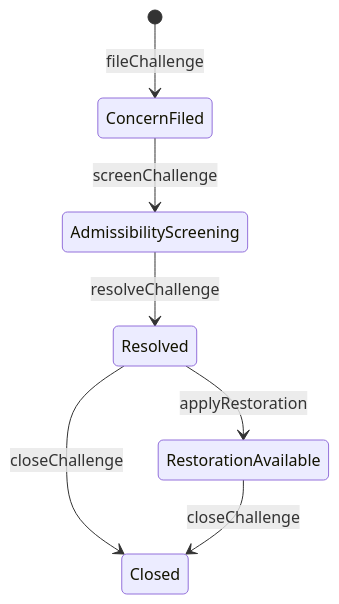
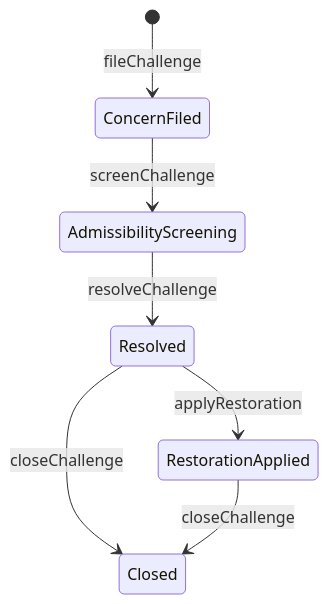
One commit to CyberChun0329/AVA-PeerReview changed the third of 6 diagrams in docs/state-machines.md. Above: the diagram before and after it, drawn with Mermaid. The commit also changed other lines of this file and 28 other files, not shown here.

````diff
--- a/docs/state-machines.md
+++ b/docs/state-machines.md
@@ -75,9 +81,9 @@
 ```mermaid
 stateDiagram-v2
     [*] --> ConcernFiled: fileChallenge
     ConcernFiled --> AdmissibilityScreening: screenChallenge
     AdmissibilityScreening --> Resolved: resolveChallenge
-    Resolved --> RestorationAvailable: applyRestoration
+    Resolved --> RestorationApplied: applyRestoration
     Resolved --> Closed: closeChallenge
-    RestorationAvailable --> Closed: closeChallenge
+    RestorationApplied --> Closed: closeChallenge
 ```
````
